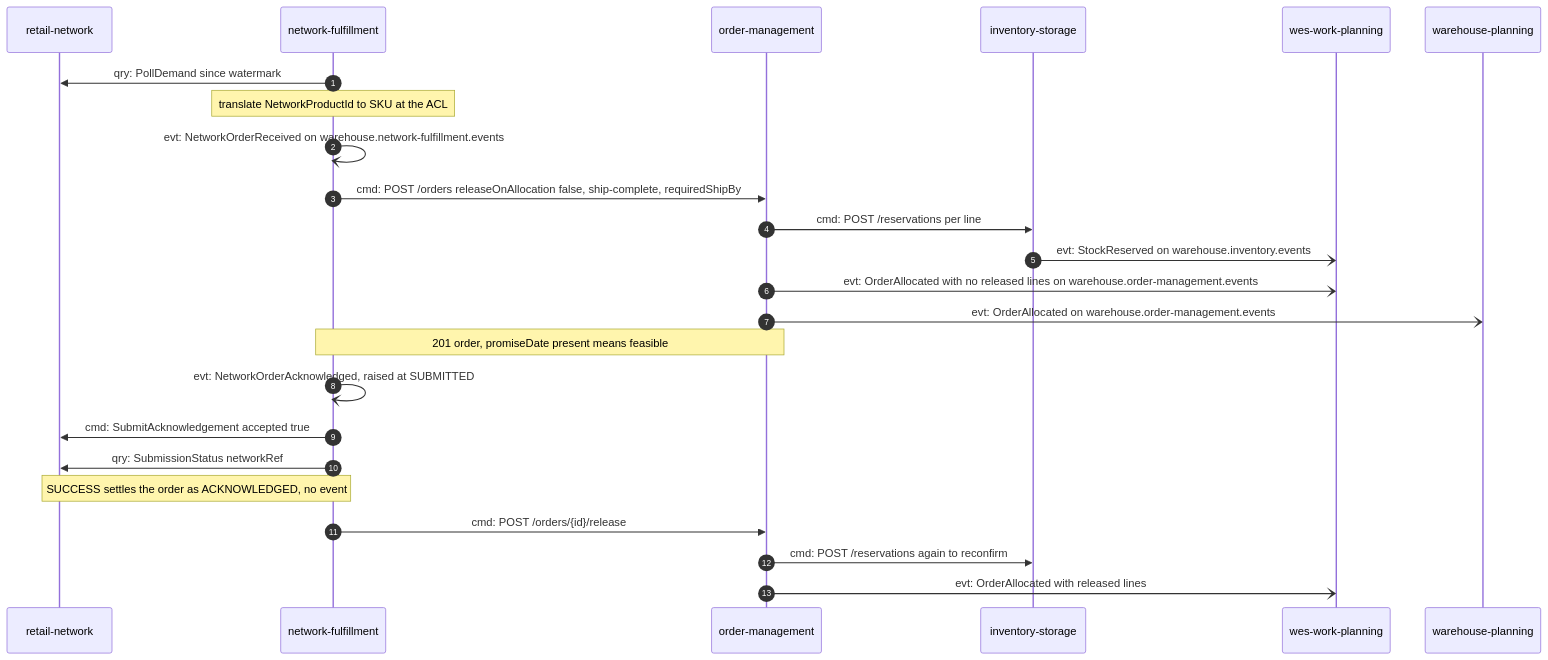
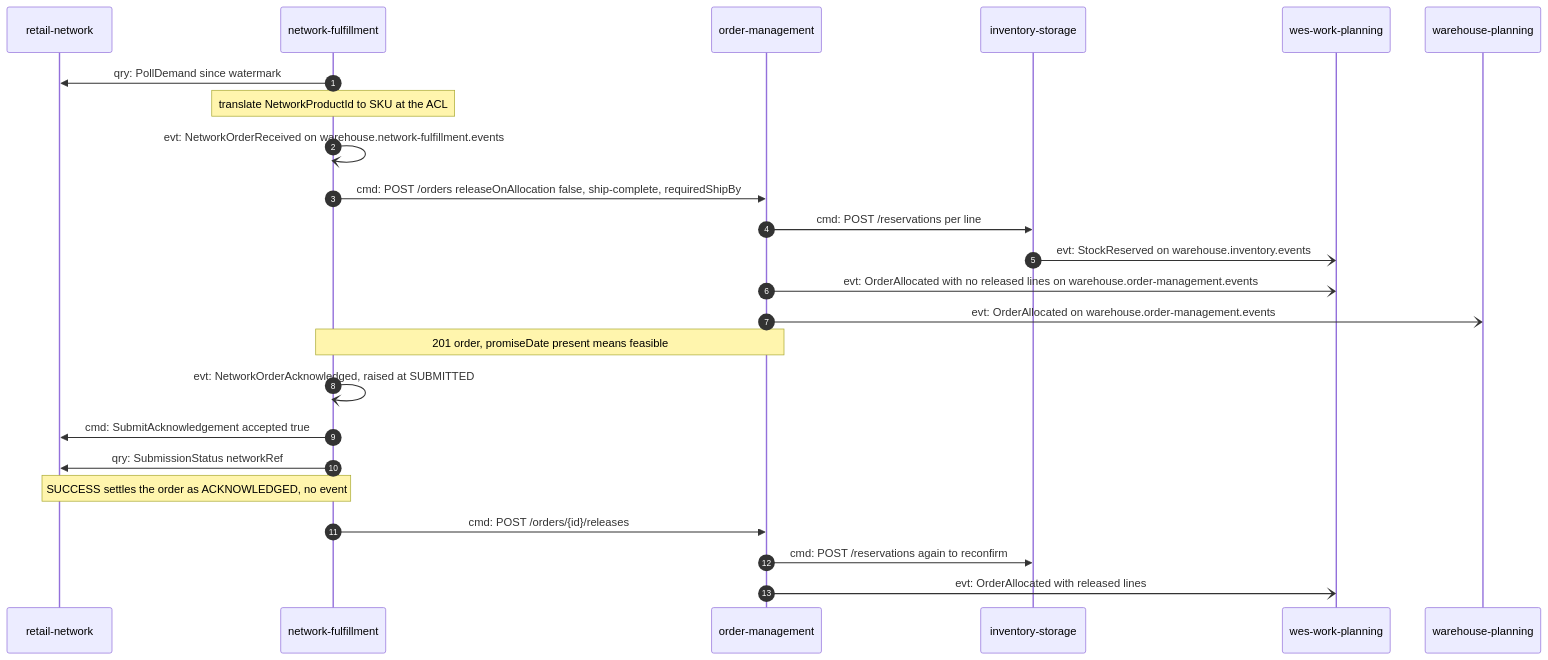
Before and after one commit to IQVO/warehouse-docs: the first of 11 diagrams in docs/strategic-design/domain-message-flows.md, drawn with Mermaid. The commit also changed other lines of this file and 272 other files, not shown here.

````diff
--- a/docs/strategic-design/domain-message-flows.md
+++ b/docs/strategic-design/domain-message-flows.md
@@ -108,26 +108,26 @@
 ```mermaid
 sequenceDiagram
     autonumber
     participant RN as retail-network
     participant NF as network-fulfillment
     participant OM as order-management
     participant INV as inventory-storage
     participant WP as wes-work-planning
     participant WPL as warehouse-planning
     NF->>RN: qry: PollDemand since watermark
     Note over NF: translate NetworkProductId to SKU at the ACL
     NF-)NF: evt: NetworkOrderReceived on warehouse.network-fulfillment.events
     NF->>OM: cmd: POST /orders releaseOnAllocation false, ship-complete, requiredShipBy
     OM->>INV: cmd: POST /reservations per line
     INV-)WP: evt: StockReserved on warehouse.inventory.events
     OM-)WP: evt: OrderAllocated with no released lines on warehouse.order-management.events
     OM-)WPL: evt: OrderAllocated on warehouse.order-management.events
     Note over OM,NF: 201 order, promiseDate present means feasible
     NF-)NF: evt: NetworkOrderAcknowledged, raised at SUBMITTED
     NF->>RN: cmd: SubmitAcknowledgement accepted true
     NF->>RN: qry: SubmissionStatus networkRef
     Note over NF,RN: SUCCESS settles the order as ACKNOWLEDGED, no event
-    NF->>OM: cmd: POST /orders/{id}/release
+    NF->>OM: cmd: POST /orders/{id}/releases
     OM->>INV: cmd: POST /reservations again to reconfirm
     OM-)WP: evt: OrderAllocated with released lines
 ```
````
